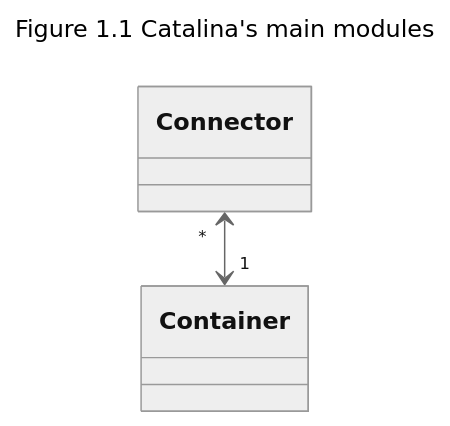
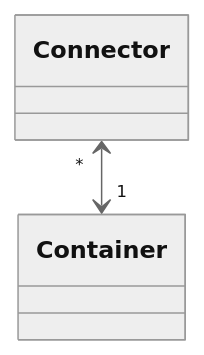
One commit to mo2feng/mo2feng.github.io changed the diagram in Writerside/topics/Tomcat/HTW-Intro.md. Above: the diagram before and after it, drawn with Mermaid (neutral theme). The commit also changed other lines of this file, not shown here.

Commit message:
修改介绍的title

````diff
--- a/Writerside/topics/Tomcat/HTW-Intro.md
+++ b/Writerside/topics/Tomcat/HTW-Intro.md
@@ -38,10 +40,7 @@
 ```mermaid
----
-title: Figure 1.1 Catalina's main modules
----
 classDiagram
     class Connector
     class Container
     Connector"*" <-->"1" Container
    
 ```
````
